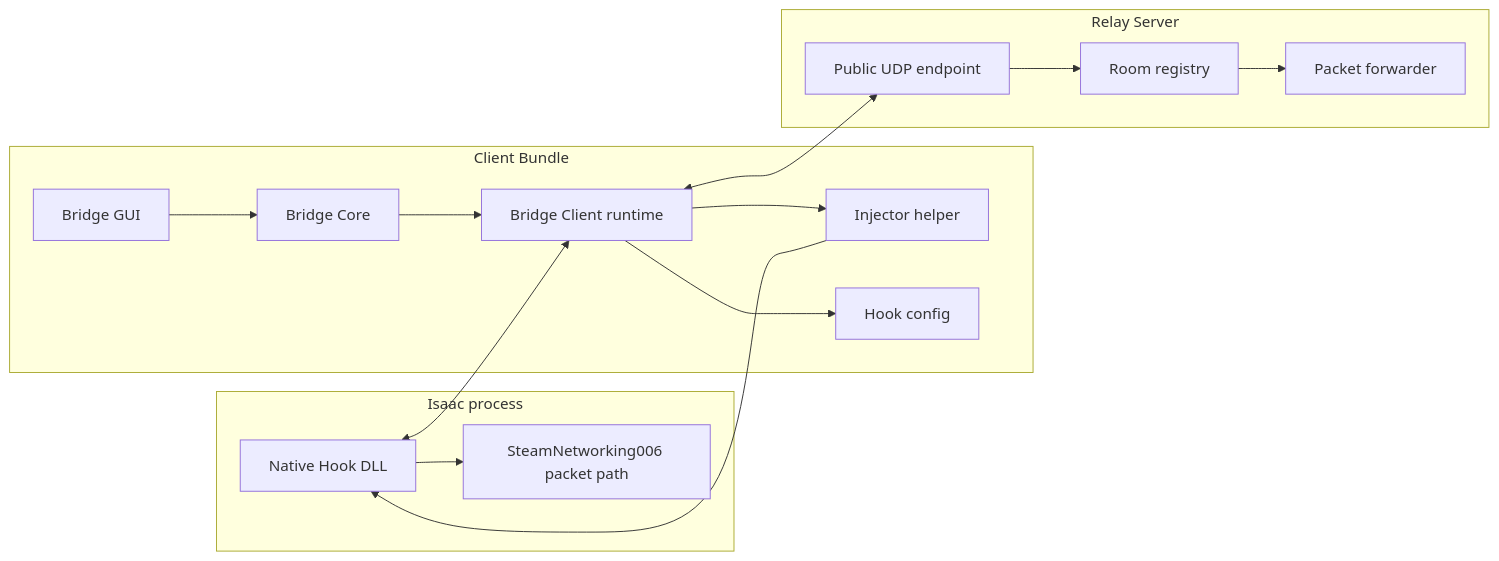
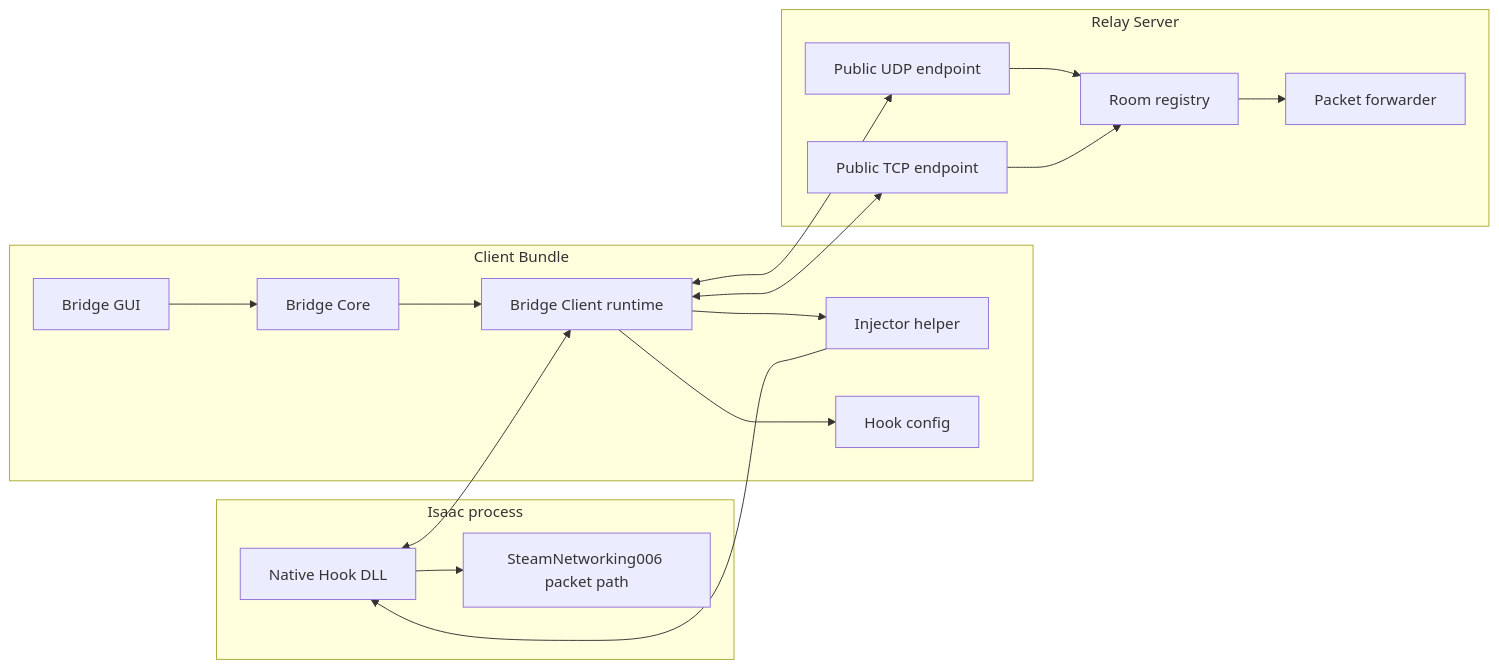
Before and after one commit to mcthesw/TractorBeam: the diagram in docs/architecture.md, drawn with Mermaid. The commit also changed other lines of this file and 6 other files, not shown here.

````diff
--- a/docs/architecture.md
+++ b/docs/architecture.md
@@ -6,32 +6,35 @@
 ```mermaid
 flowchart LR
     subgraph Isaac["Isaac process"]
         Hook["Native Hook DLL"]
         SteamPath["SteamNetworking006 packet path"]
         Hook --> SteamPath
     end
 
     subgraph Bundle["Client Bundle"]
         Gui["Bridge GUI"]
         Core["Bridge Core"]
         Client["Bridge Client runtime"]
         Injector["Injector helper"]
         Config["Hook config"]
         Gui --> Core
         Core --> Client
         Client --> Config
         Client --> Injector
     end
 
     subgraph Relay["Relay Server"]
         Udp["Public UDP endpoint"]
+        Tcp["Public TCP endpoint"]
         Rooms["Room registry"]
         Forwarder["Packet forwarder"]
         Udp --> Rooms
+        Tcp --> Rooms
         Rooms --> Forwarder
     end
 
     Hook <--> Client
     Client <--> Udp
+    Client <--> Tcp
     Injector --> Hook
 ```
````
